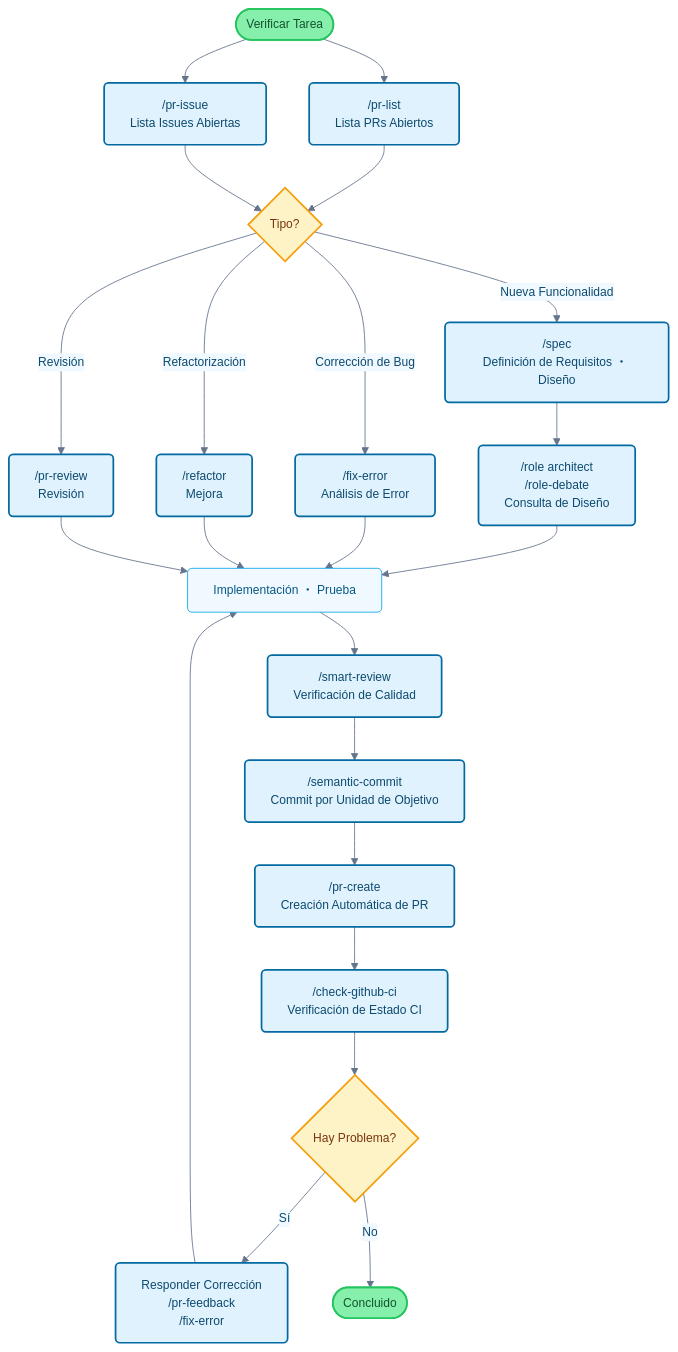
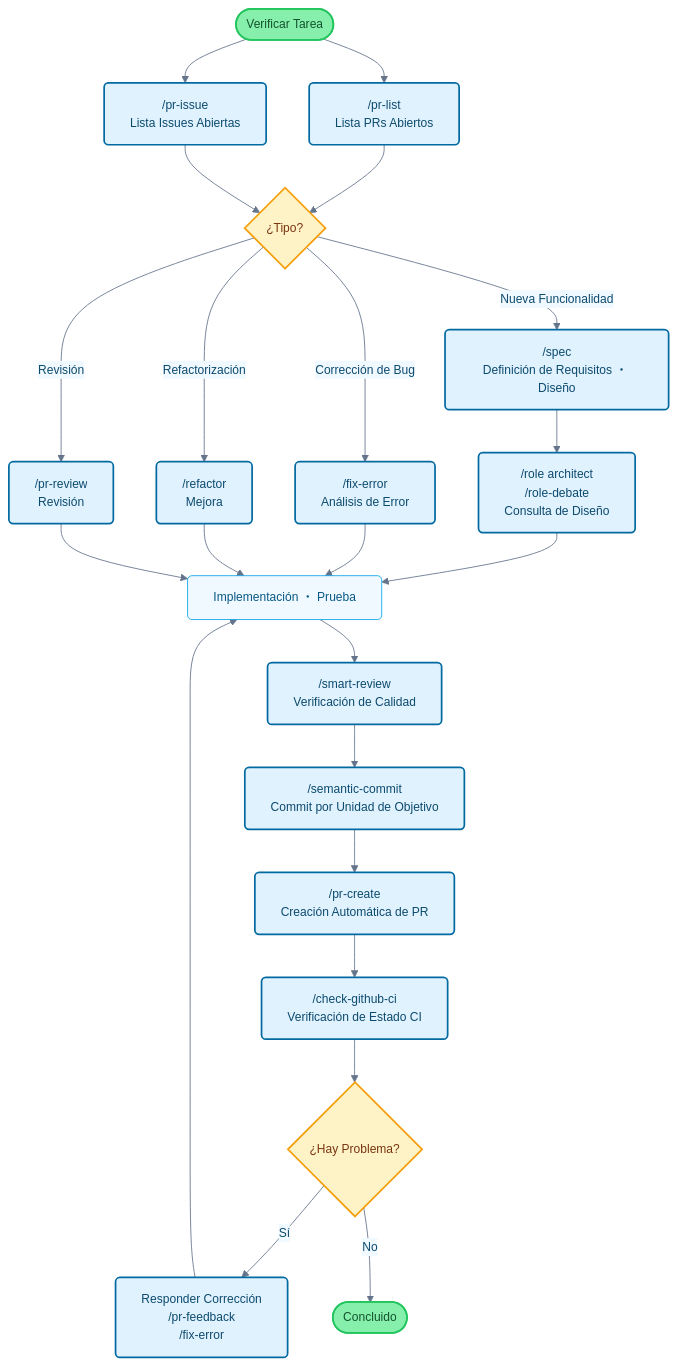
Before and after one commit to wasabeef/claude-code-cookbook: the diagram in README_es.md, drawn with Mermaid.

Commit message:
fix: add missing Spanish question marks in README
- Add proper opening question marks (¿) to flowchart elements
- Fix '¿Tipo?' and '¿Hay Problema?' in decision nodes
- Ensure correct Spanish punctuation compliance
- Resolves locale validation warning for Spanish formatting

````diff
--- a/README_es.md
+++ b/README_es.md
@@ -121,42 +121,42 @@
 ```mermaid
 flowchart TB
     Start([Verificar Tarea]) --> PRList["/pr-list<br/>Lista PRs Abiertos"]
     Start --> PRIssue["/pr-issue<br/>Lista Issues Abiertas"]
 
-    PRList --> TaskType{Tipo?}
+    PRList --> TaskType{¿Tipo?}
     PRIssue --> TaskType
 
     TaskType -->|Nueva Funcionalidad| Plan["/spec<br/>Definición de Requisitos ・ Diseño"]
     TaskType -->|Corrección de Bug| Fix["/fix-error<br/>Análisis de Error"]
     TaskType -->|Refactorización| Refactor["/refactor<br/>Mejora"]
     TaskType -->|Revisión| Review["/pr-review<br/>Revisión"]
 
     Plan --> Design["/role architect<br/>/role-debate<br/>Consulta de Diseño"]
     Design --> Implementation[Implementación ・ Prueba]
     Fix --> Implementation
     Refactor --> Implementation
     Review --> Implementation
 
     Implementation --> Check["/smart-review<br/>Verificación de Calidad"]
     Check --> Commit["/semantic-commit<br/>Commit por Unidad de Objetivo"]
     Commit --> PR["/pr-create<br/>Creación Automática de PR"]
     PR --> CI["/check-github-ci<br/>Verificación de Estado CI"]
 
-    CI --> Status{Hay Problema?}
+    CI --> Status{¿Hay Problema?}
     Status -->|Sí| Feedback["Responder Corrección<br/>/pr-feedback<br/>/fix-error"]
     Status -->|No| End([Concluido])
 
     Feedback --> Implementation
 
     classDef commandBox fill:#e0f2fe,stroke:#0369a1,stroke-width:2px,rx:5,ry:5,color:#0c4a6e
     classDef processBox fill:#f0f9ff,stroke:#0ea5e9,stroke-width:1px,rx:5,ry:5,color:#075985
     classDef decisionBox fill:#fef3c7,stroke:#f59e0b,stroke-width:2px,rx:5,ry:5,color:#78350f
     classDef startEnd fill:#86efac,stroke:#22c55e,stroke-width:2px,rx:20,ry:20,color:#14532d
 
     class PRList,PRIssue,Plan,Fix,Refactor,Review,Design,Check,CI,Commit,PR,Feedback commandBox
     class Implementation processBox
     class TaskType,Status decisionBox
     class Start,End startEnd
 
     %%{init: {'theme':'base', 'themeVariables': { 'primaryColor':'#e0f2fe', 'primaryTextColor':'#0c4a6e', 'primaryBorderColor':'#0369a1', 'lineColor':'#64748b', 'secondaryColor':'#f0f9ff', 'background':'#ffffff', 'mainBkg':'#ffffff', 'fontSize': '14px'}}}%%
 ```
````
